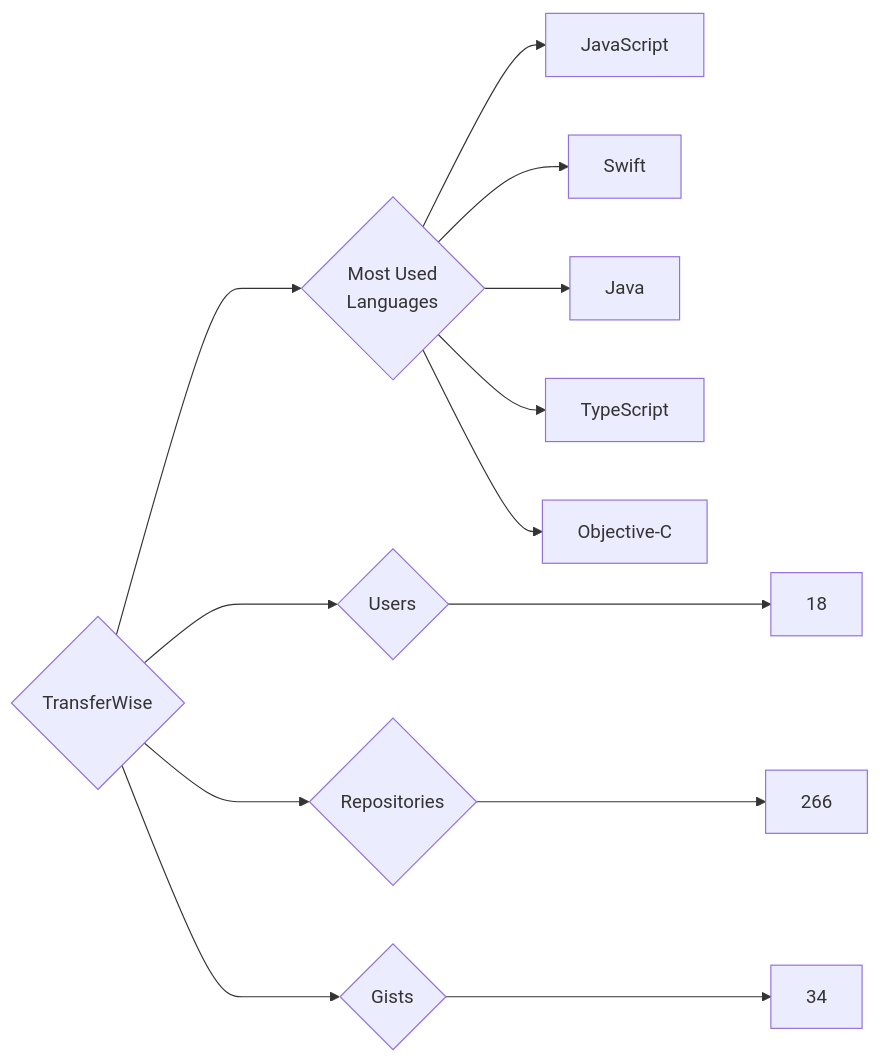
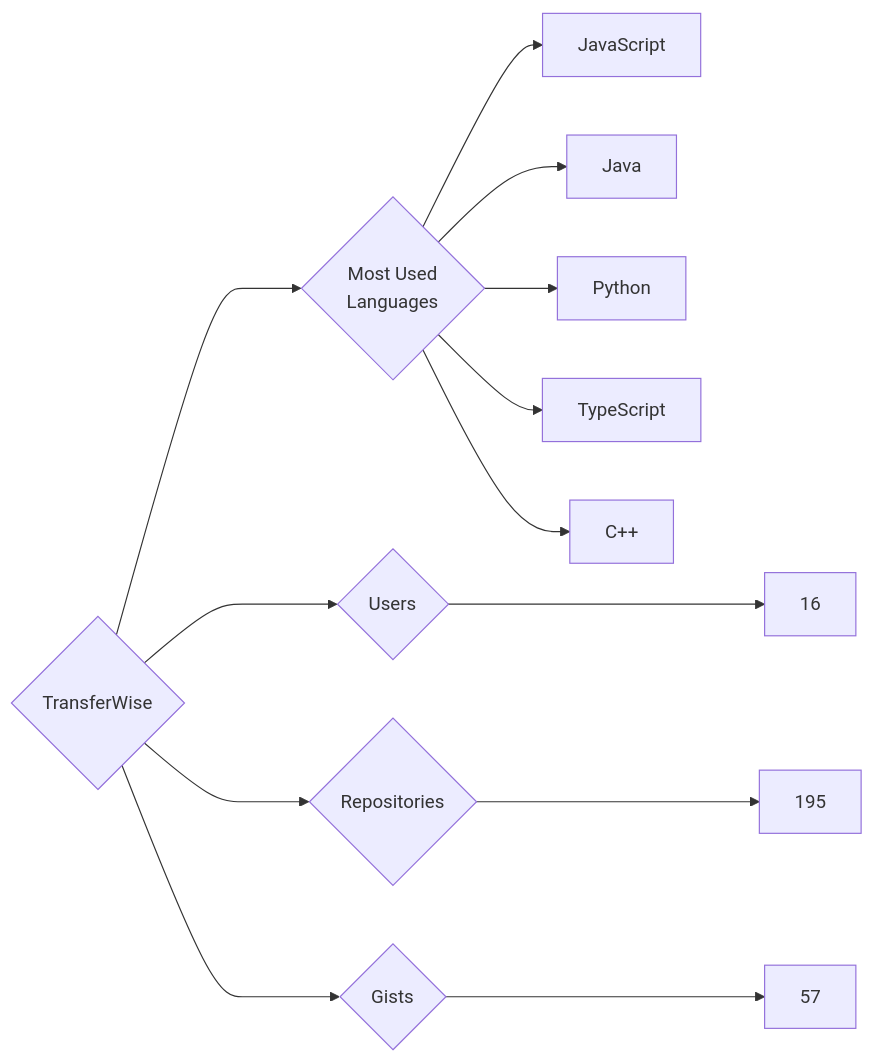
Before and after one commit to trickest/insiders: the diagram in targets/TransferWise/README.md, drawn with Mermaid. The commit also changed 920 other files, not shown here.

````diff
--- a/targets/TransferWise/README.md
+++ b/targets/TransferWise/README.md
@@ -3,13 +3,13 @@
 ```mermaid
 graph LR
 COMPANY_NAME{TransferWise}
-COMPANY_NAME ---> U{Users} ---> UN[18]
-COMPANY_NAME ---> R{Repositories} ---> RN[266]
-COMPANY_NAME ---> G{Gists} ---> GN[34]
+COMPANY_NAME ---> U{Users} ---> UN[16]
+COMPANY_NAME ---> R{Repositories} ---> RN[195]
+COMPANY_NAME ---> G{Gists} ---> GN[57]
 COMPANY_NAME ---> ML{Most Used<br>Languages}
 ML --> JavaScript[JavaScript]
-ML --> Swift[Swift]
 ML --> Java[Java]
+ML --> Python[Python]
 ML --> TypeScript[TypeScript]
-ML --> Objective-C[Objective-C]
+ML --> C++[C++]
 ```
````
